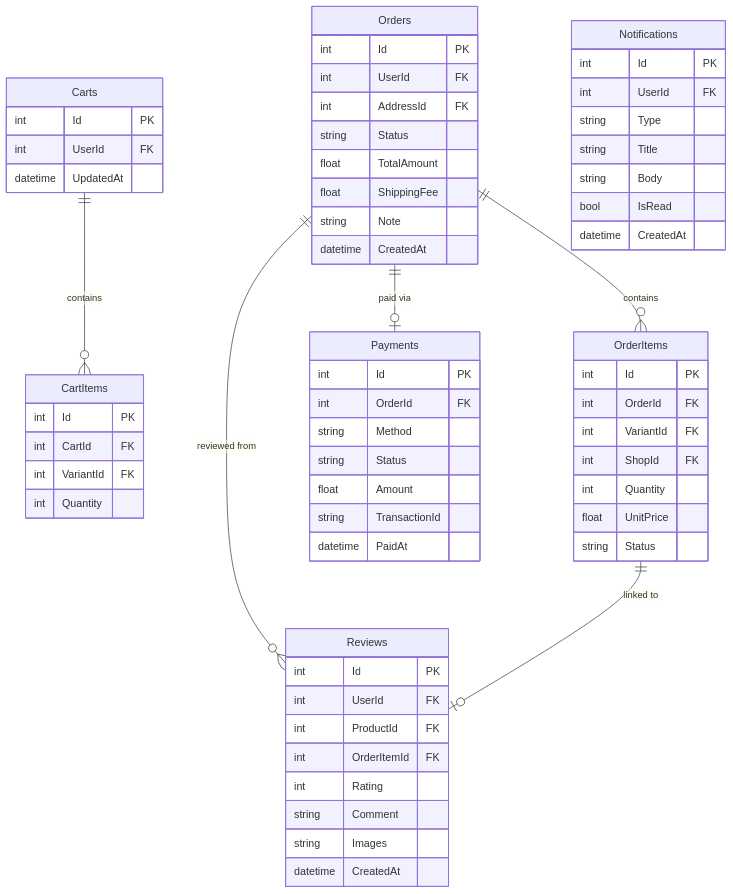
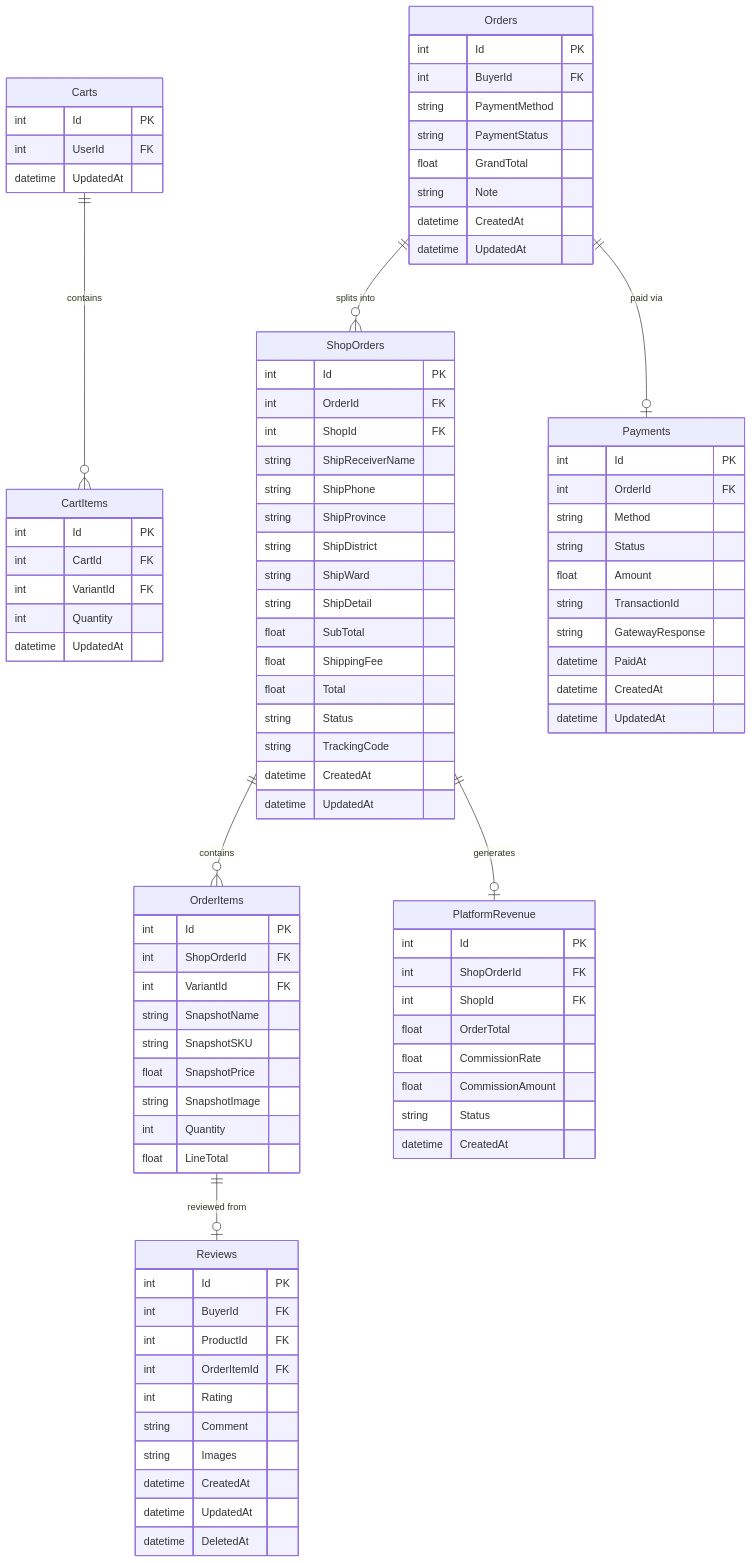
The second of 2 diagrams in docs/ERD.md (ThieuDinh/LVTN_2026_Thieu), drawn with Mermaid before and after one commit. The commit also changed other lines of this file, not shown here.

Commit message:
chore: update erd

````diff
--- a/docs/ERD.md
+++ b/docs/ERD.md
@@ -96,25 +108,46 @@
     int CartId FK
     int VariantId FK
     int Quantity
+    datetime UpdatedAt
   }
   Orders {
     int Id PK
-    int UserId FK
-    int AddressId FK
-    string Status
-    float TotalAmount
-    float ShippingFee
+    int BuyerId FK
+    string PaymentMethod
+    string PaymentStatus
+    float GrandTotal
     string Note
     datetime CreatedAt
+    datetime UpdatedAt
+  }
+  ShopOrders {
+    int Id PK
+    int OrderId FK
+    int ShopId FK
+    string ShipReceiverName
+    string ShipPhone
+    string ShipProvince
+    string ShipDistrict
+    string ShipWard
+    string ShipDetail
+    float SubTotal
+    float ShippingFee
+    float Total
+    string Status
+    string TrackingCode
+    datetime CreatedAt
+    datetime UpdatedAt
   }
   OrderItems {
     int Id PK
-    int OrderId FK
+    int ShopOrderId FK
     int VariantId FK
-    int ShopId FK
+    string SnapshotName
+    string SnapshotSKU
+    float SnapshotPrice
+    string SnapshotImage
     int Quantity
-    float UnitPrice
-    string Status
+    float LineTotal
   }
   Payments {
     int Id PK
@@ -123,31 +156,38 @@
     string Status
     float Amount
     string TransactionId
+    string GatewayResponse
     datetime PaidAt
+    datetime CreatedAt
+    datetime UpdatedAt
   }
   Reviews {
     int Id PK
-    int UserId FK
+    int BuyerId FK
     int ProductId FK
     int OrderItemId FK
     int Rating
     string Comment
     string Images
     datetime CreatedAt
+    datetime UpdatedAt
+    datetime DeletedAt
   }
-  Notifications {
+  PlatformRevenue {
     int Id PK
-    int UserId FK
-    string Type
-    string Title
-    string Body
-    bool IsRead
+    int ShopOrderId FK
+    int ShopId FK
+    float OrderTotal
+    float CommissionRate
+    float CommissionAmount
+    string Status
     datetime CreatedAt
   }
 
   Carts ||--o{ CartItems : "contains"
-  Orders ||--o{ OrderItems : "contains"
+  Orders ||--o{ ShopOrders : "splits into"
+  ShopOrders ||--o{ OrderItems : "contains"
   Orders ||--o| Payments : "paid via"
-  Orders ||--o{ Reviews : "reviewed from"
-  OrderItems ||--o| Reviews : "linked to"
+  OrderItems ||--o| Reviews : "reviewed from"
+  ShopOrders ||--o| PlatformRevenue : "generates"
 ```
````
